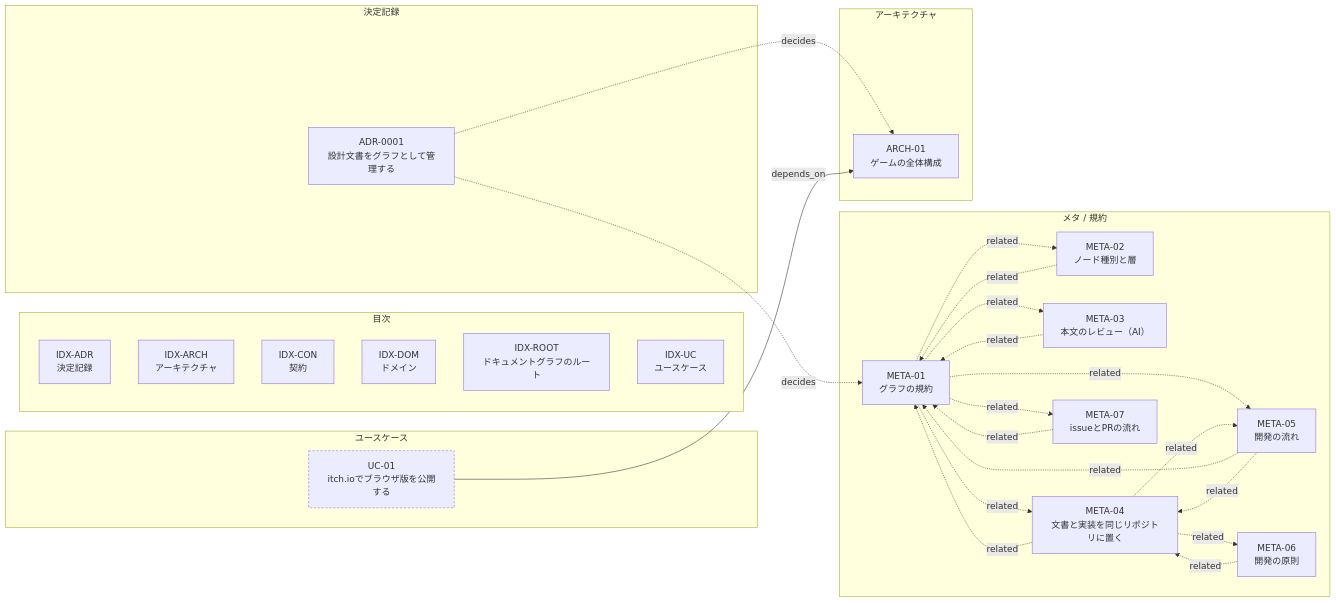
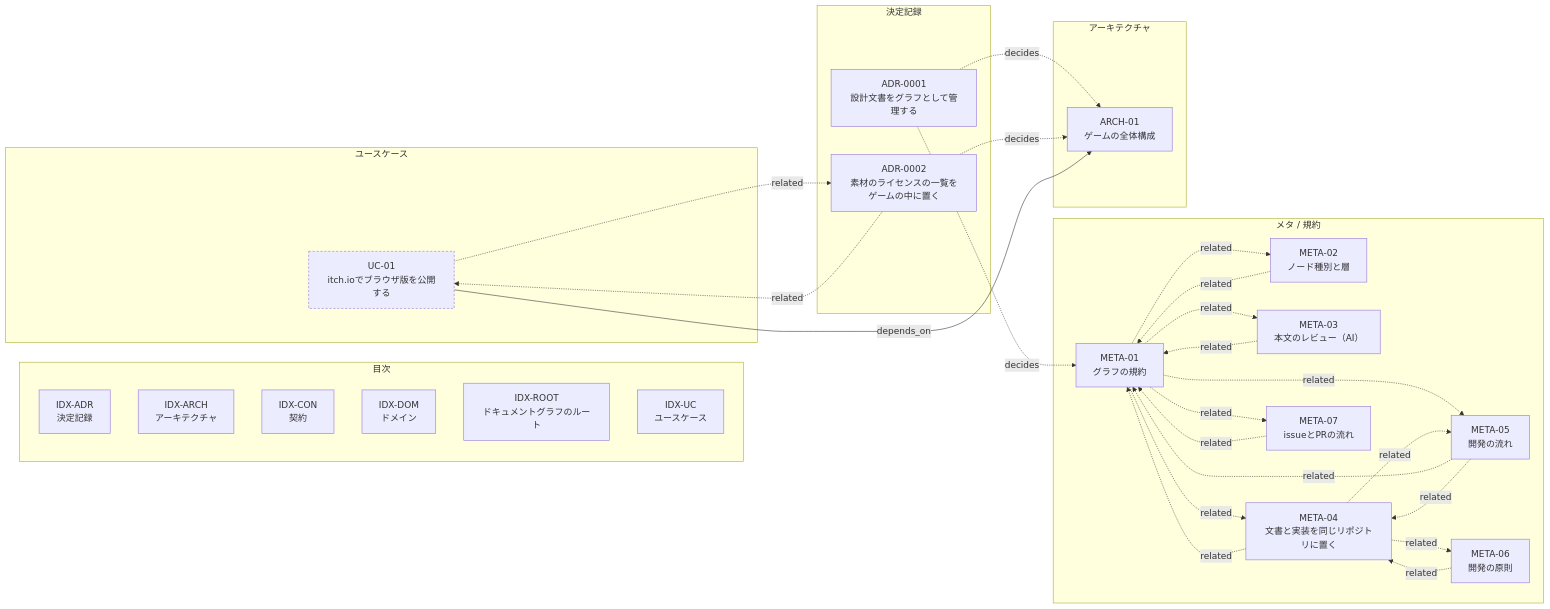
The diagram in README.md (setopic/neon-chronicle), drawn with Mermaid before and after one commit. The commit also changed 11 other files, not shown here.

First line of the commit message:
ADR-0002: 素材のライセンスの一覧をゲームの中に置く

````diff
--- a/README.md
+++ b/README.md
@@ -35,49 +35,53 @@
 ```mermaid
 graph LR
   subgraph index["目次"]
     IDX-ADR["IDX-ADR<br/>決定記録"]
     IDX-ARCH["IDX-ARCH<br/>アーキテクチャ"]
     IDX-CON["IDX-CON<br/>契約"]
     IDX-DOM["IDX-DOM<br/>ドメイン"]
     IDX-ROOT["IDX-ROOT<br/>ドキュメントグラフのルート"]
     IDX-UC["IDX-UC<br/>ユースケース"]
   end
   subgraph meta["メタ / 規約"]
     META-01["META-01<br/>グラフの規約"]
     META-02["META-02<br/>ノード種別と層"]
     META-03["META-03<br/>本文のレビュー（AI）"]
     META-04["META-04<br/>文書と実装を同じリポジトリに置く"]
     META-05["META-05<br/>開発の流れ"]
     META-06["META-06<br/>開発の原則"]
     META-07["META-07<br/>issueとPRの流れ"]
   end
   subgraph architecture["アーキテクチャ"]
     ARCH-01["ARCH-01<br/>ゲームの全体構成"]
   end
   subgraph usecase["ユースケース"]
     UC-01["UC-01<br/>itch.ioでブラウザ版を公開する"]
   end
   subgraph adr["決定記録"]
     ADR-0001["ADR-0001<br/>設計文書をグラフとして管理する"]
+    ADR-0002["ADR-0002<br/>素材のライセンスの一覧をゲームの中に置く"]
   end
   ADR-0001 -.->|decides| META-01
   ADR-0001 -.->|decides| ARCH-01
+  ADR-0002 -.->|related| UC-01
+  ADR-0002 -.->|decides| ARCH-01
   META-01 -.->|related| META-02
   META-01 -.->|related| META-03
   META-01 -.->|related| META-04
   META-01 -.->|related| META-05
   META-01 -.->|related| META-07
   META-02 -.->|related| META-01
   META-03 -.->|related| META-01
   META-04 -.->|related| META-01
   META-04 -.->|related| META-05
   META-04 -.->|related| META-06
   META-05 -.->|related| META-01
   META-05 -.->|related| META-04
   META-06 -.->|related| META-04
   META-07 -.->|related| META-01
   UC-01 -->|depends_on| ARCH-01
+  UC-01 -.->|related| ADR-0002
   classDef draft stroke-dasharray: 4\,3;
   classDef deprecated opacity:0.5;
   class UC-01 draft;
 ```
````
